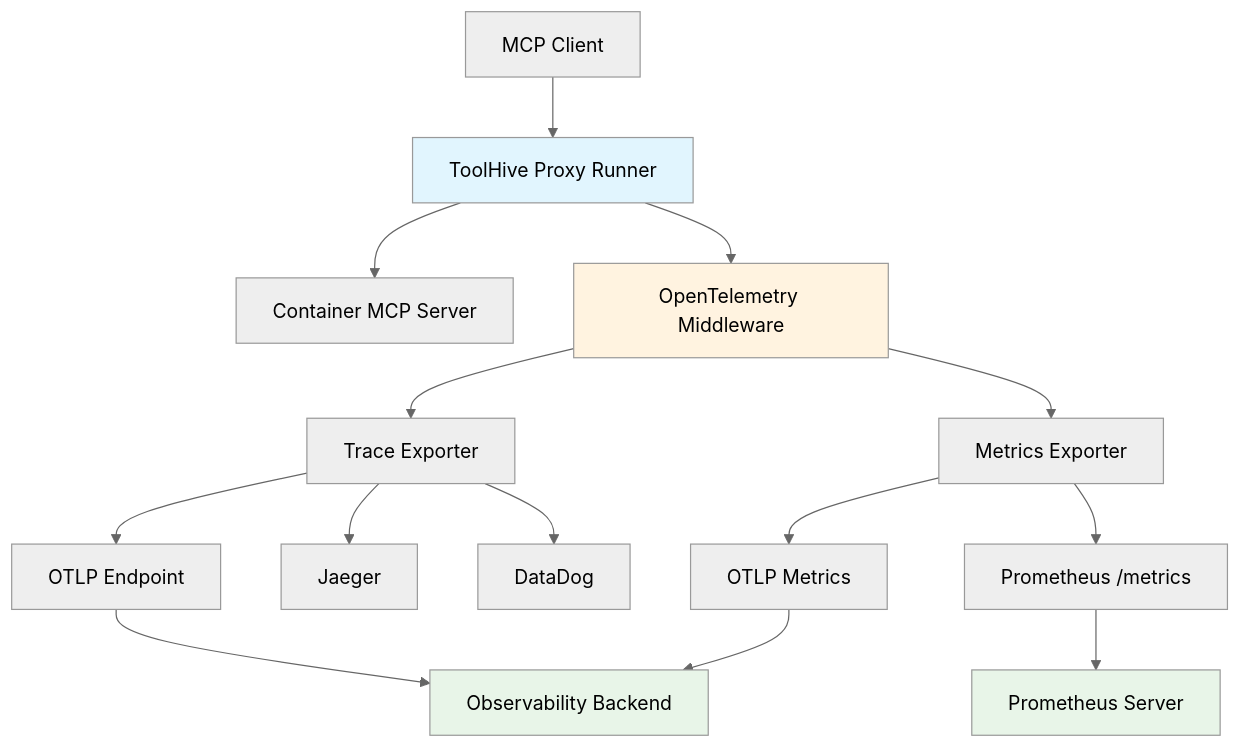
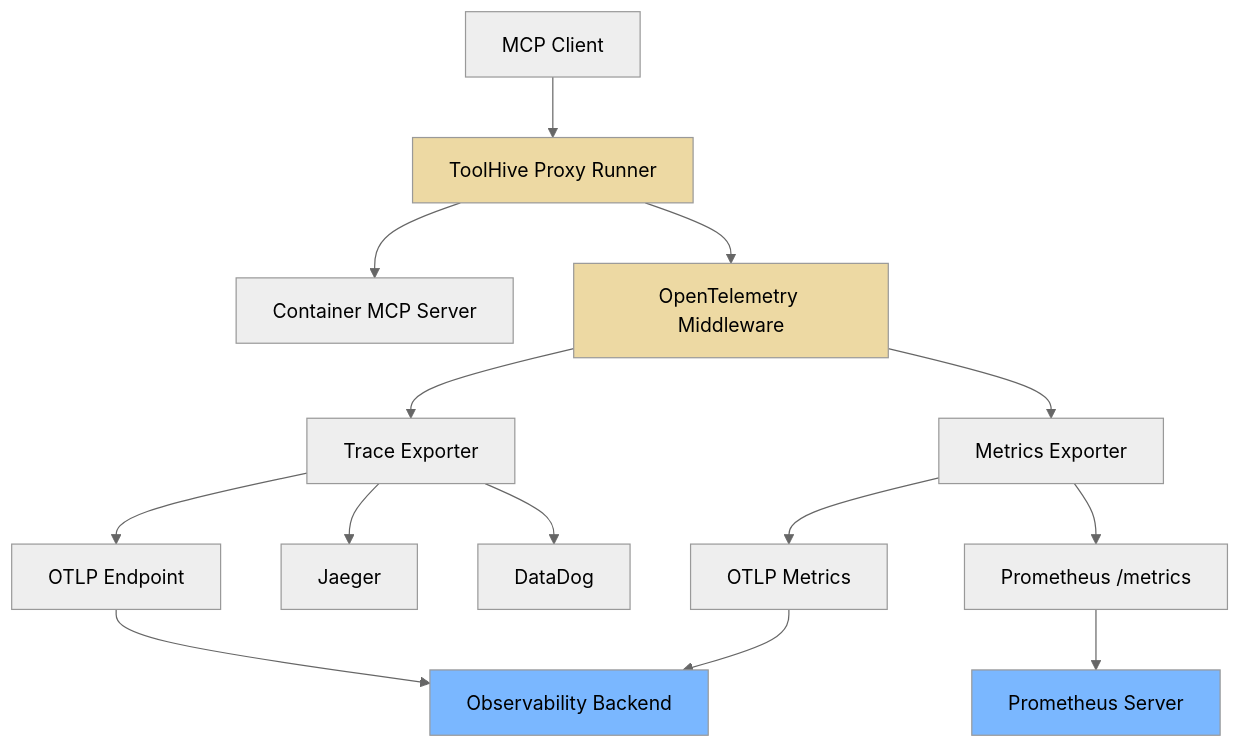
Before and after one commit to stacklok/toolhive: the first of 2 diagrams in docs/observability.md, drawn with Mermaid (neutral theme). The commit also changed other lines of this file, not shown here.

````diff
--- a/docs/observability.md
+++ b/docs/observability.md
@@ -16,25 +35,25 @@
 ```mermaid
 graph TD
     A[MCP Client] --> B[ToolHive Proxy Runner]
     B --> C[Container MCP Server]
-    
+
     B --> D[OpenTelemetry Middleware]
     D --> E[Trace Exporter]
     D --> F[Metrics Exporter]
-    
+
     E --> G[OTLP Endpoint]
     E --> H[Jaeger]
     E --> I[DataDog]
-    
+
     F --> J[Prometheus /metrics]
     F --> K[OTLP Metrics]
-    
+
     G --> L[Observability Backend]
     K --> L
     J --> M[Prometheus Server]
-    
-    style B fill:#e1f5fe
-    style D fill:#fff3e0
-    style L fill:#e8f5e8
-    style M fill:#e8f5e8
+
+    classDef toolhive fill:#EDD9A3,color:#000;
+    classDef external fill:#7AB7FF,color:#000;
+    class B,D toolhive;
+    class L,M external;
 ```
````
